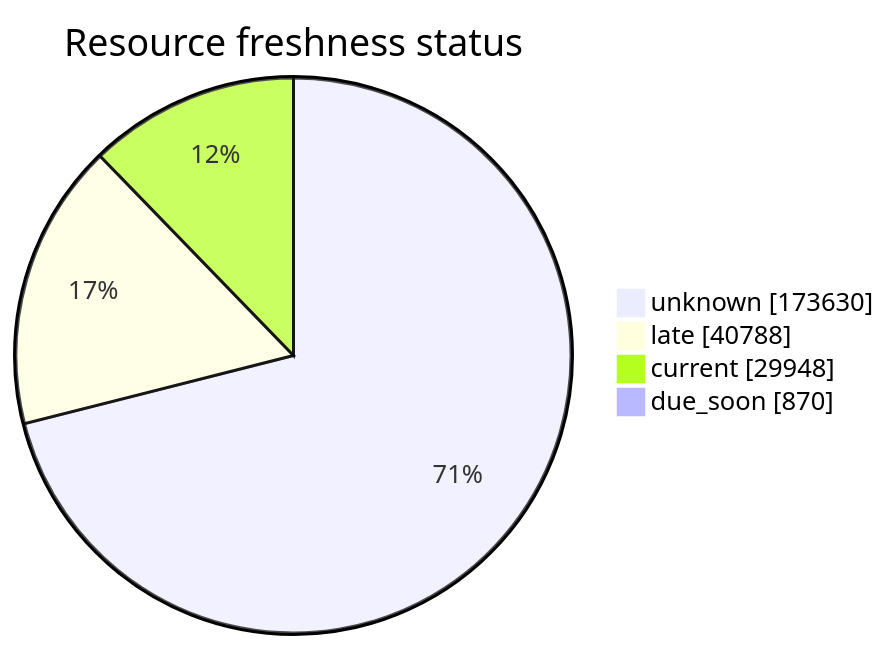
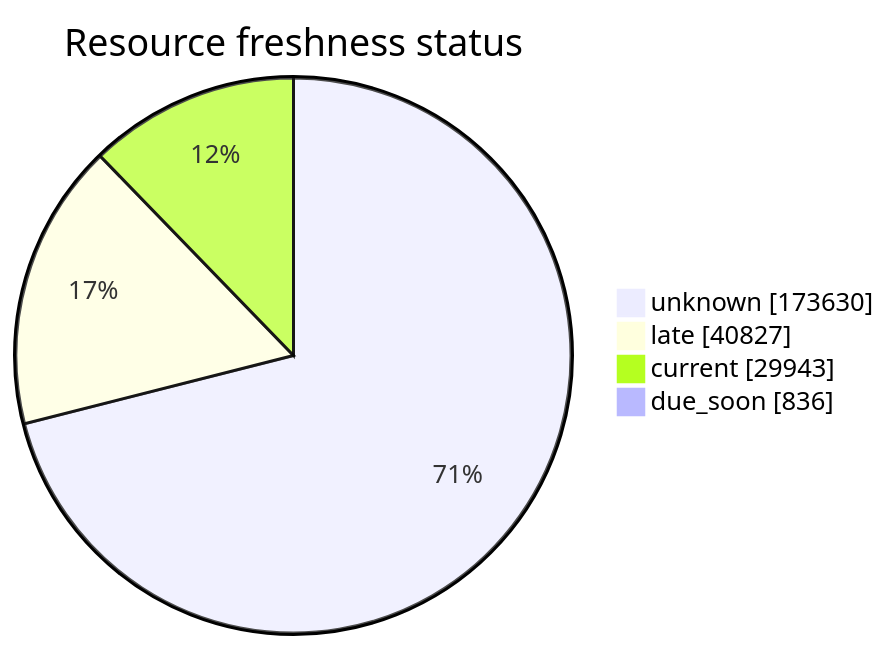
One commit to open-data/analytics-corporate-reporting changed the third of 5 diagrams in FreshCheck/README.md. Above: the diagram before and after it, drawn with Mermaid. The commit also changed other lines of this file and 3 other files, not shown here.

````diff
--- a/FreshCheck/README.md
+++ b/FreshCheck/README.md
@@ -77,7 +77,7 @@
 ```mermaid
 pie showData title Resource freshness status
     "unknown": 173630
-    "late": 40788
-    "current": 29948
-    "due_soon": 870
+    "late": 40827
+    "current": 29943
+    "due_soon": 836
 ```
````
